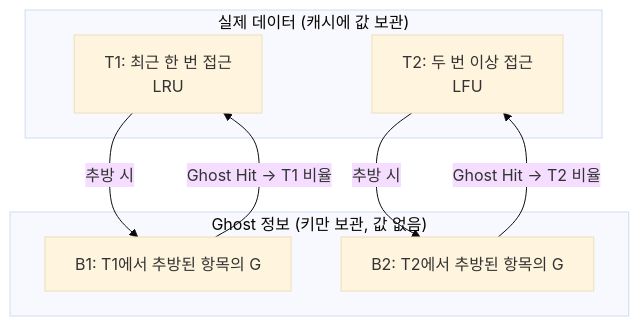
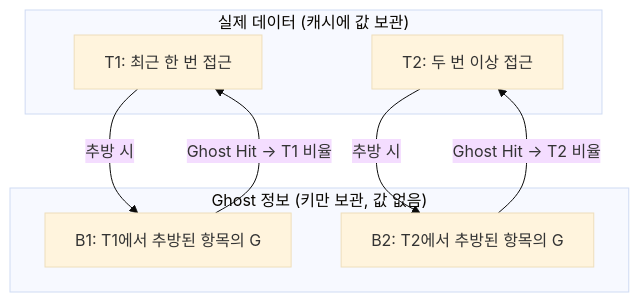
The fourth of 4 diagrams in _posts/localcache/2026-05-01-cache-eviction-algorithms.md (yjkim2015/yjkim2015.github.io), drawn with Mermaid (base theme) before and after one commit. The commit also changed other lines of this file and 217 other files, not shown here.

First line of the commit message:
Mermaid 크기 수정: useMaxWidth:true + SVG max-width:100% + 라벨 축소

````diff
--- a/_posts/localcache/2026-05-01-cache-eviction-algorithms.md
+++ b/_posts/localcache/2026-05-01-cache-eviction-algorithms.md
@@ -506,15 +506,15 @@
 ```mermaid
 graph TD
     subgraph "실제 데이터 (캐시에 값 보관)"
-        T1["T1: 최근 한 번 접근\nLRU"]
-        T2["T2: 두 번 이상 접근\nLFU"]
+        T1["T1: 최근 한 번 접근"]
+        T2["T2: 두 번 이상 접근"]
     end
     subgraph "Ghost 정보 (키만 보관, 값 없음)"
         B1["B1: T1에서 추방된 항목의 G"]
         B2["B2: T2에서 추방된 항목의 G"]
     end
     T1 -->|"추방 시"| B1
     T2 -->|"추방 시"| B2
     B1 -->|"Ghost Hit → T1 비율"| T1
     B2 -->|"Ghost Hit → T2 비율"| T2
 ```
````
